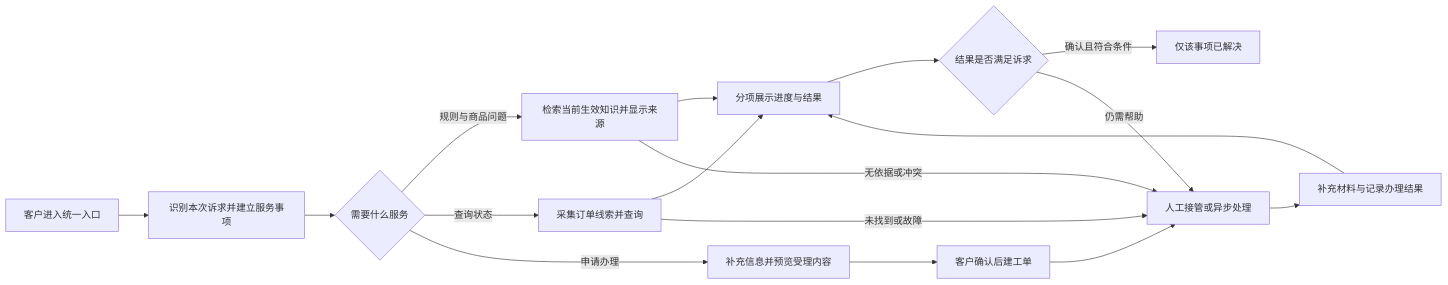
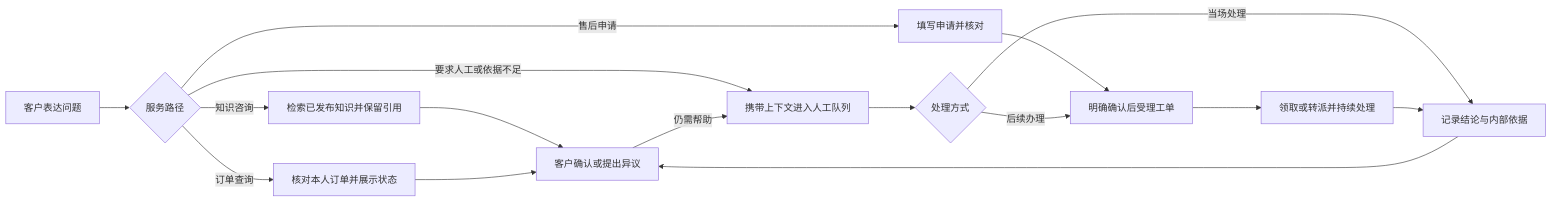
Before and after one commit to ledunghung19111975-cell/customer-service-demo: the diagram in 方案文档.md, drawn with Mermaid. The commit also changed other lines of this file and 28 other files, not shown here.

````diff
--- a/方案文档.md
+++ b/方案文档.md
@@ -83,19 +41,18 @@
 ```mermaid
 flowchart LR
-    A[客户进入统一入口] --> B[识别本次诉求并建立服务事项]
-    B --> C{需要什么服务}
-    C -->|规则与商品问题| D[检索当前生效知识并显示来源]
-    C -->|查询状态| E[采集订单线索并查询]
-    C -->|申请办理| F[补充信息并预览受理内容]
-    F --> G[客户确认后建工单]
-    D --> H[分项展示进度与结果]
-    E --> H
-    G --> I[人工接管或异步处理]
-    I --> J[补充材料与记录办理结果]
-    J --> H
-    H --> K{结果是否满足诉求}
-    K -->|确认且符合条件| L[仅该事项已解决]
-    K -->|仍需帮助| I
-    D -->|无依据或冲突| I
-    E -->|未找到或故障| I
+    A[客户表达问题] --> B{服务路径}
+    B -->|知识咨询| C[检索已发布知识并保留引用]
+    B -->|订单查询| D[核对本人订单并展示状态]
+    B -->|售后申请| E[填写申请并核对]
+    E --> F[明确确认后受理工单]
+    B -->|要求人工或依据不足| G[携带上下文进入人工队列]
+    G --> H{处理方式}
+    H -->|当场处理| I[记录结论与内部依据]
+    H -->|后续办理| F
+    F --> J[领取或转派并持续处理]
+    J --> I
+    C --> K[客户确认或提出异议]
+    D --> K
+    I --> K
+    K -->|仍需帮助| G
 ```
````
